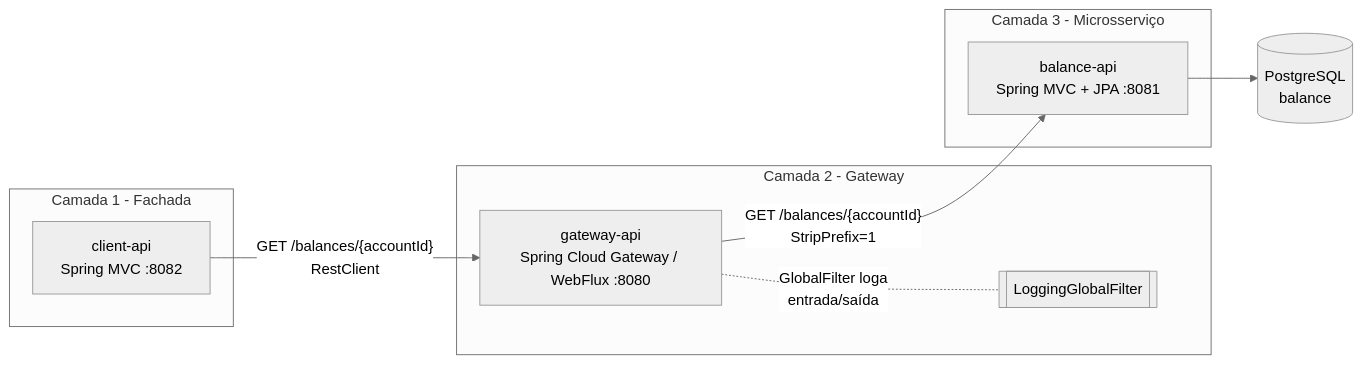
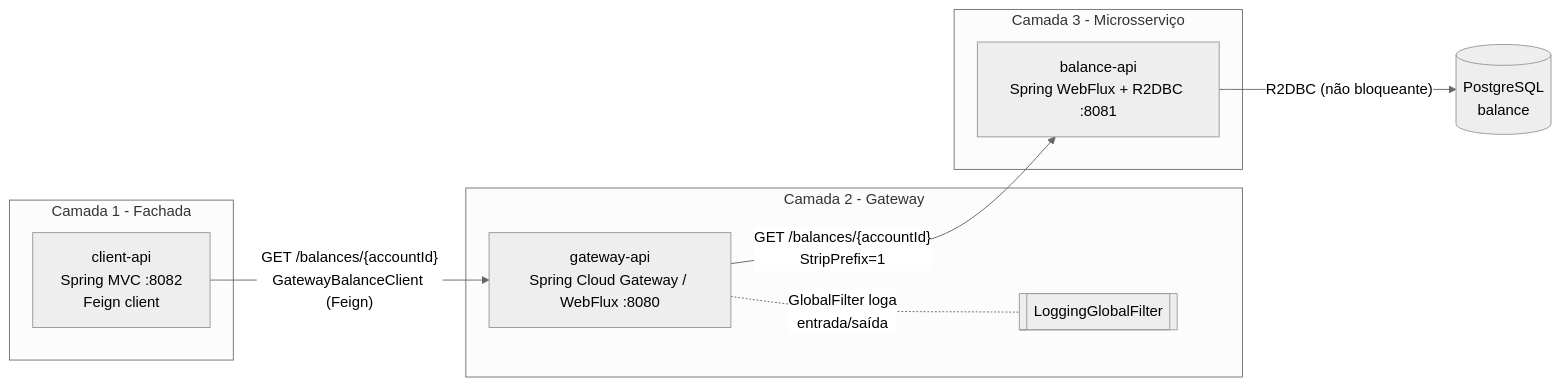
Before and after one commit to lucianoft/api-gateway-demo: the diagram in README.md, drawn with Mermaid (neutral theme). The commit also changed other lines of this file and 17 other files, not shown here.

````diff
--- a/README.md
+++ b/README.md
@@ -14,22 +14,22 @@
 ```mermaid
 flowchart LR
     subgraph "Camada 1 - Fachada"
-        C[client-api<br/>Spring MVC :8082]
+        C[client-api<br/>Spring MVC :8082<br/>Feign client]
     end
 
     subgraph "Camada 2 - Gateway"
         G[gateway-api<br/>Spring Cloud Gateway / WebFlux :8080]
         F[[LoggingGlobalFilter]]
     end
 
     subgraph "Camada 3 - Microsserviço"
-        B[balance-api<br/>Spring MVC + JPA :8081]
+        B[balance-api<br/>Spring WebFlux + R2DBC :8081]
     end
 
     DB[(PostgreSQL<br/>balance)]
 
-    C -- "GET /balances/{accountId}<br/>RestClient" --> G
+    C -- "GET /balances/{accountId}<br/>GatewayBalanceClient (Feign)" --> G
     G -. "GlobalFilter loga<br/>entrada/saída" .- F
     G -- "GET /balances/{accountId}<br/>StripPrefix=1" --> B
-    B --> DB
+    B -- "R2DBC (não bloqueante)" --> DB
 ```
````
